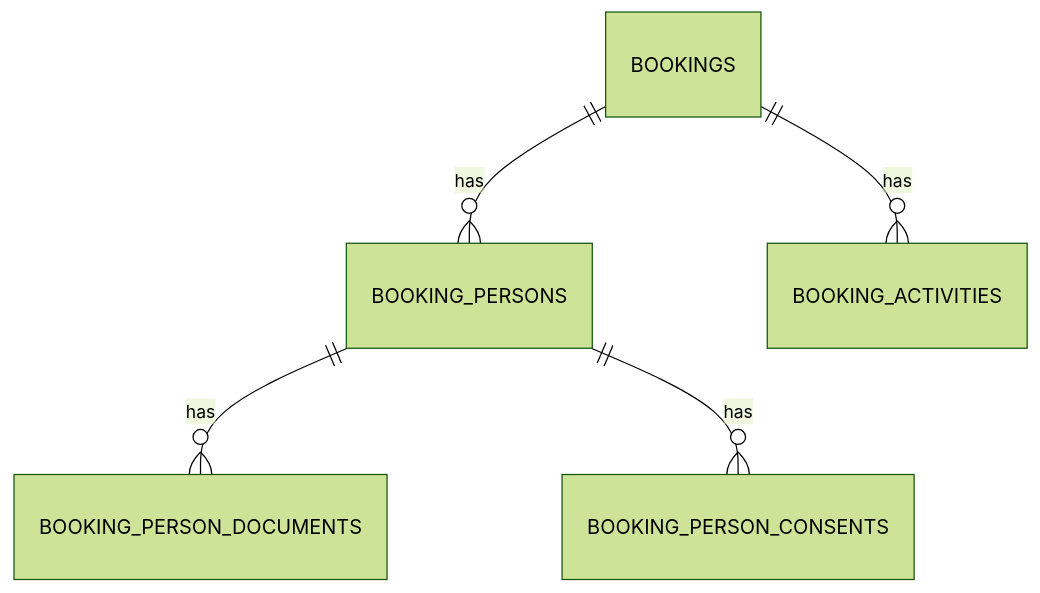
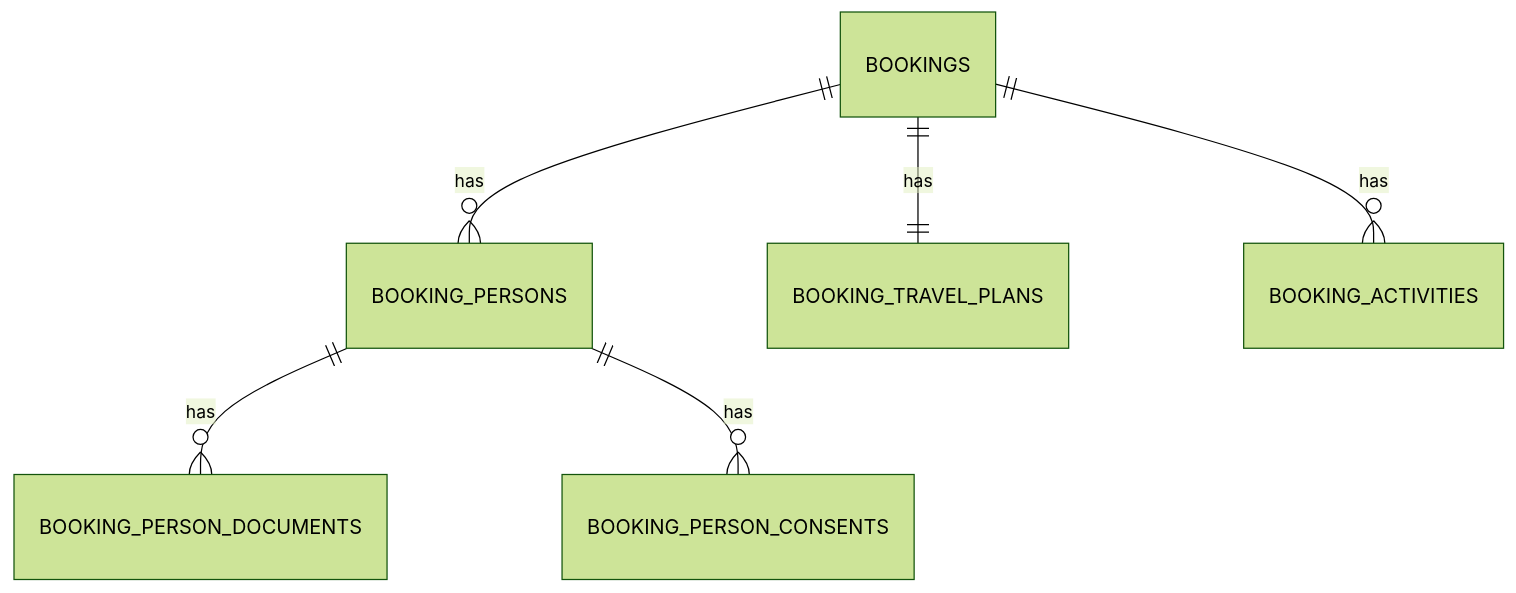
The first of 4 diagrams in documentation/concept/json_to_database.md (joachimneumann/travelagency), drawn with Mermaid (forest theme) before and after one commit. The commit also changed other lines of this file and 33 other files, not shown here.

````diff
--- a/documentation/concept/json_to_database.md
+++ b/documentation/concept/json_to_database.md
@@ -689,7 +744,8 @@
 ```mermaid
 erDiagram
     BOOKINGS ||--o{ BOOKING_PERSONS : has
     BOOKING_PERSONS ||--o{ BOOKING_PERSON_DOCUMENTS : has
     BOOKING_PERSONS ||--o{ BOOKING_PERSON_CONSENTS : has
+    BOOKINGS ||--|| BOOKING_TRAVEL_PLANS : has
     BOOKINGS ||--o{ BOOKING_ACTIVITIES : has
 ```
````
